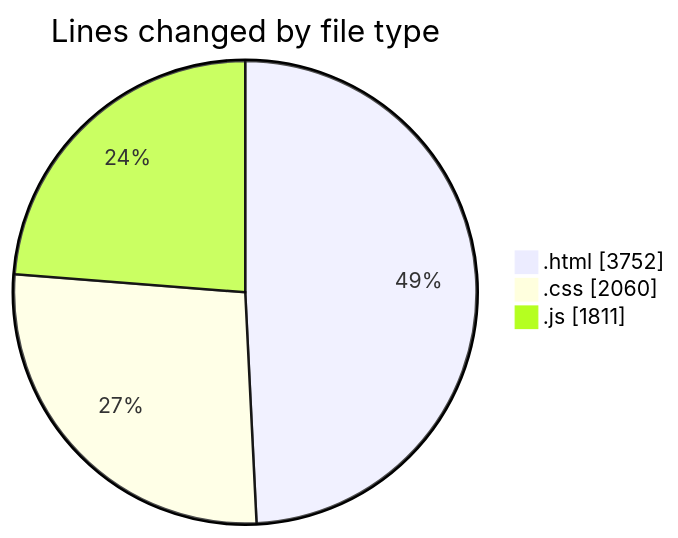
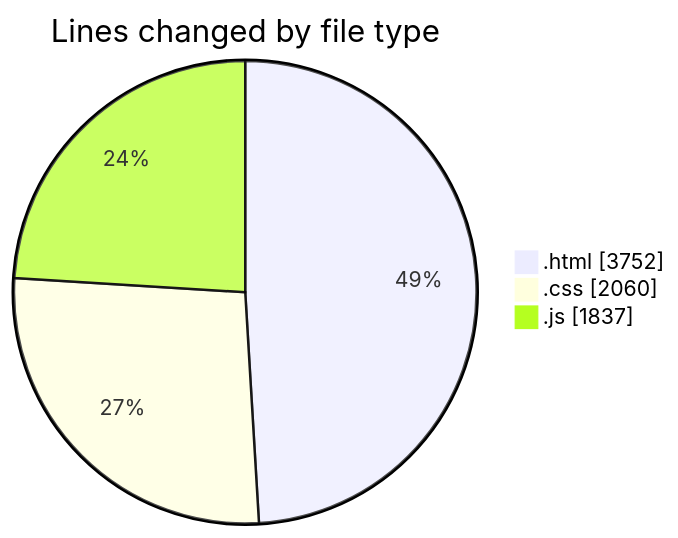
Before and after one commit to Ritupan-Deka/code-tracking: the first of 2 diagrams in 2025-05-24/projects/README.md, drawn with Mermaid. The commit also changed other lines of this file and 1 other file, not shown here.

````diff
--- a/2025-05-24/projects/README.md
+++ b/2025-05-24/projects/README.md
@@ -25,7 +25,7 @@
 ```mermaid
 pie showData
 title Lines changed by file type
 ".html" : 3752
 ".css" : 2060
-".js" : 1811
+".js" : 1837
 ```
````
